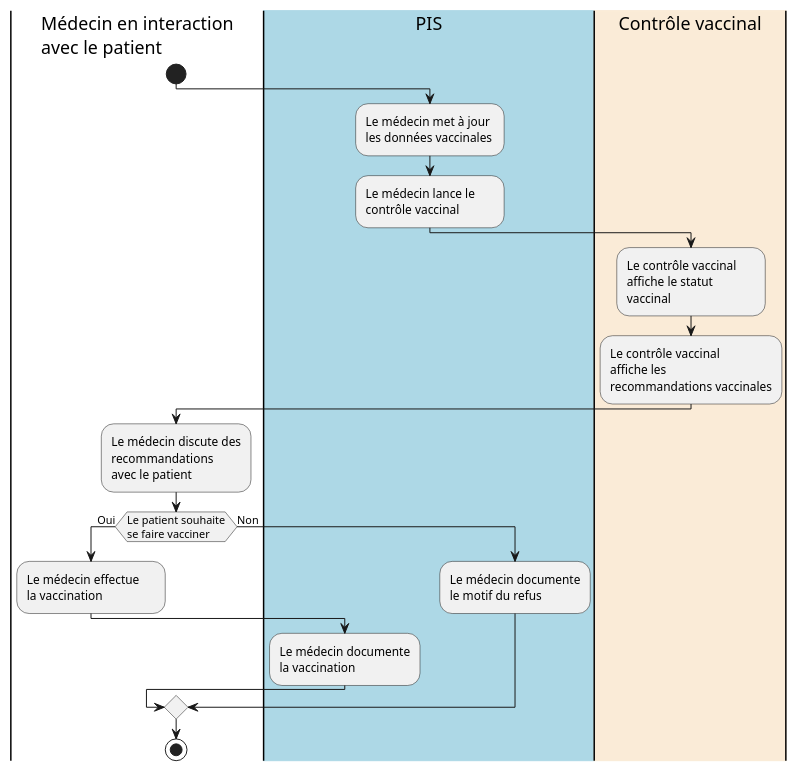
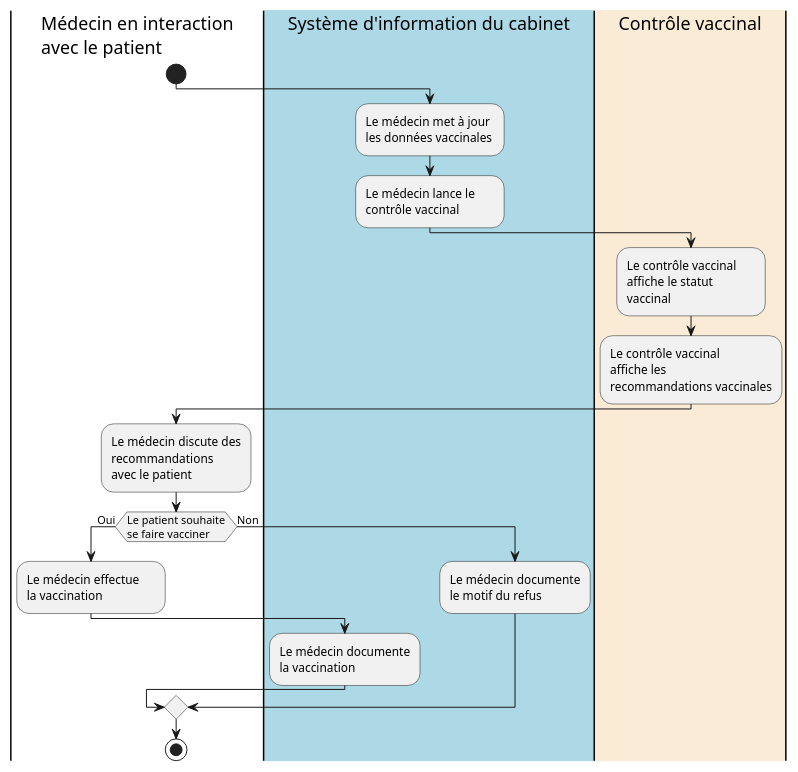
One commit to hl7ch/ch-vacd changed the diagram in input/images-source/use-case-14-impfcheck-arzt-fr.plantuml. Above: the diagram before and after it, drawn with PlantUML. The commit also changed 4 other files, not shown here.

```diff
--- a/input/images-source/use-case-14-impfcheck-arzt-fr.plantuml
+++ b/input/images-source/use-case-14-impfcheck-arzt-fr.plantuml
@@ -1,32 +1,32 @@
 @startuml
 scale max 800 width
 <style>
 element {MinimumWidth 150}
 </style>
 
 |Médecin en interaction\navec le patient|
 start
-|#LightBlue|PIS|
+|#LightBlue|Système d'information du cabinet|
 :Le médecin met à jour\nles données vaccinales;
 :Le médecin lance le\ncontrôle vaccinal;
 
 |#AntiqueWhite|Contrôle vaccinal|
 :Le contrôle vaccinal\naffiche le statut\nvaccinal;
 :Le contrôle vaccinal\naffiche les\nrecommandations vaccinales;
 
 |Médecin en interaction\navec le patient|
 :Le médecin discute des\nrecommandations\navec le patient;
 if (Le patient souhaite\nse faire vacciner) then (Oui)
   :Le médecin effectue\nla vaccination;
-  |#LightBlue|PIS|
+  |#LightBlue|Système d'information du cabinet|
   :Le médecin documente\nla vaccination;
   |Médecin en interaction\navec le patient|
 else (Non)
-  |PIS|
+  |Système d'information du cabinet|
   :Le médecin documente\nle motif du refus;
   |Médecin en interaction\navec le patient|
 endif
 
 stop
 
 @enduml
```
